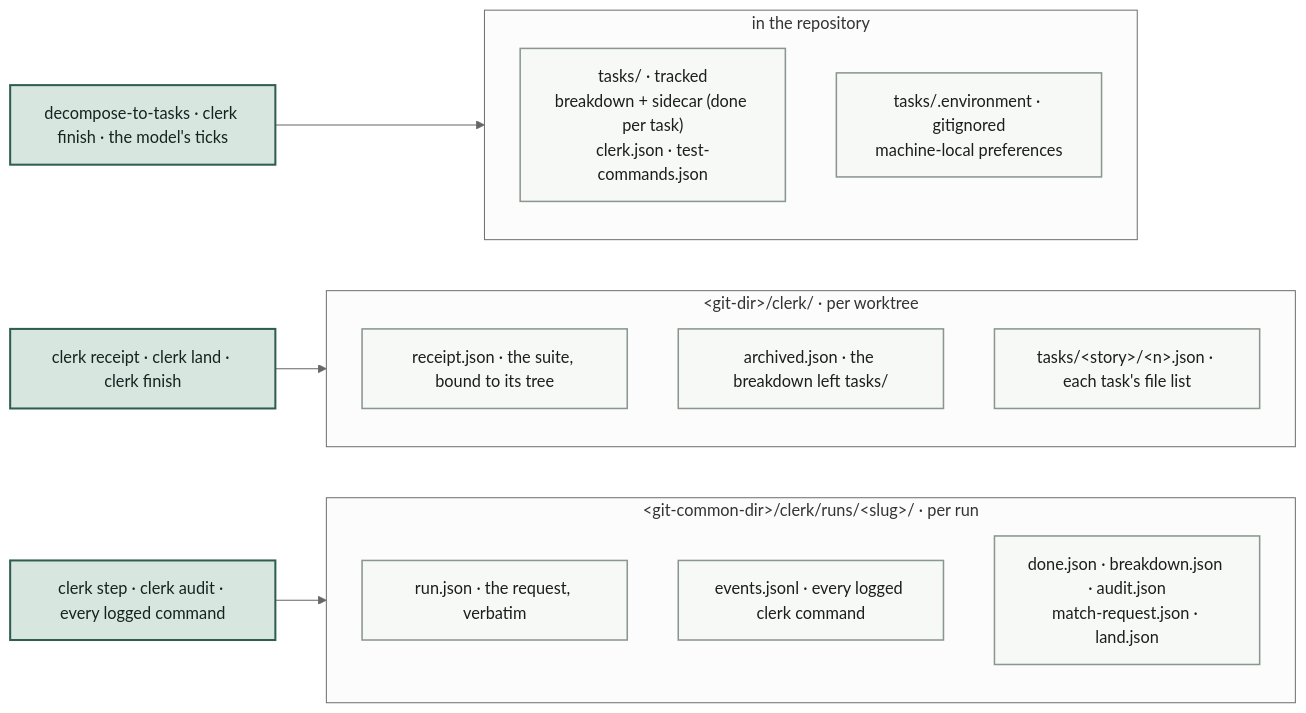
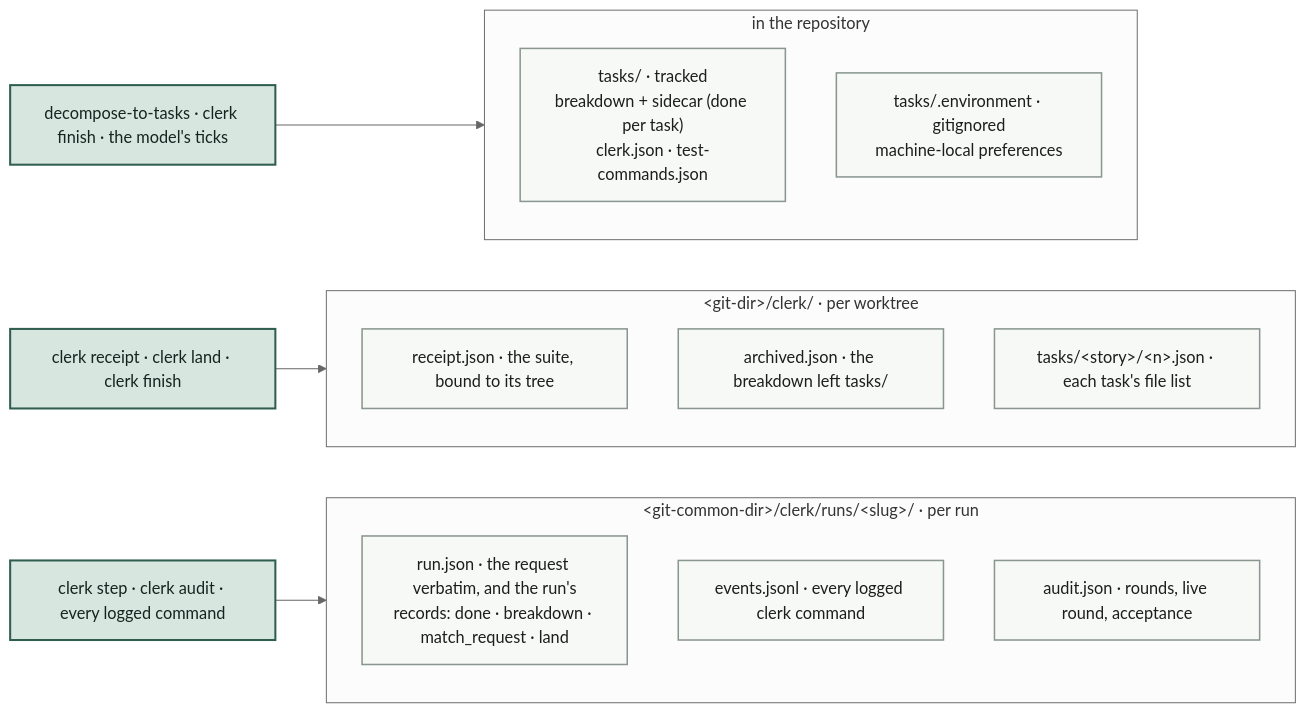
The fourth of 5 diagrams in link/common/dot-config/.config/ai/method/README.md (hpcsc/dotfiles), drawn with Mermaid (neutral theme) before and after one commit. The commit also changed 10 other files, not shown here.

First line of the commit message:
Keep the run's records in run.json

````diff
--- a/link/common/dot-config/.config/ai/method/README.md
+++ b/link/common/dot-config/.config/ai/method/README.md
@@ -400,27 +400,27 @@
 ```mermaid
 flowchart LR
   subgraph REPO["in the repository"]
     direction TB
     T1["tasks/ · tracked<br/>breakdown + sidecar (done per task)<br/>clerk.json · test-commands.json"]
     T2["tasks/.environment · gitignored<br/>machine-local preferences"]
   end
   subgraph GD["&lt;git-dir&gt;/clerk/ · per worktree"]
     direction TB
     R1["receipt.json · the suite, bound to its tree"]
     R2["archived.json · the breakdown left tasks/"]
     R3["tasks/&lt;story&gt;/&lt;n&gt;.json · each task's file list"]
   end
   subgraph GC["&lt;git-common-dir&gt;/clerk/runs/&lt;slug&gt;/ · per run"]
     direction TB
-    L1["run.json · the request, verbatim"]
+    L1["run.json · the request verbatim, and the run's<br/>records: done · breakdown · match_request · land"]
     L2["events.jsonl · every logged clerk command"]
-    L3["done.json · breakdown.json · audit.json<br/>match-request.json · land.json"]
+    L3["audit.json · rounds, live round, acceptance"]
   end
   W1["decompose-to-tasks · clerk finish · the model's ticks"] --> REPO
   W2["clerk receipt · clerk land · clerk finish"] --> GD
   W3["clerk step · clerk audit · every logged command"] --> GC
   classDef store fill:#F7F9F6,stroke:#8A9690,stroke-width:1.5px,color:#1A1F1C
   classDef clerk fill:#D8E6E0,stroke:#2F5D50,stroke-width:2px,color:#132520
   class T1,T2,R1,R2,R3,L1,L2,L3 store
   class W1,W2,W3 clerk
 ```
````
